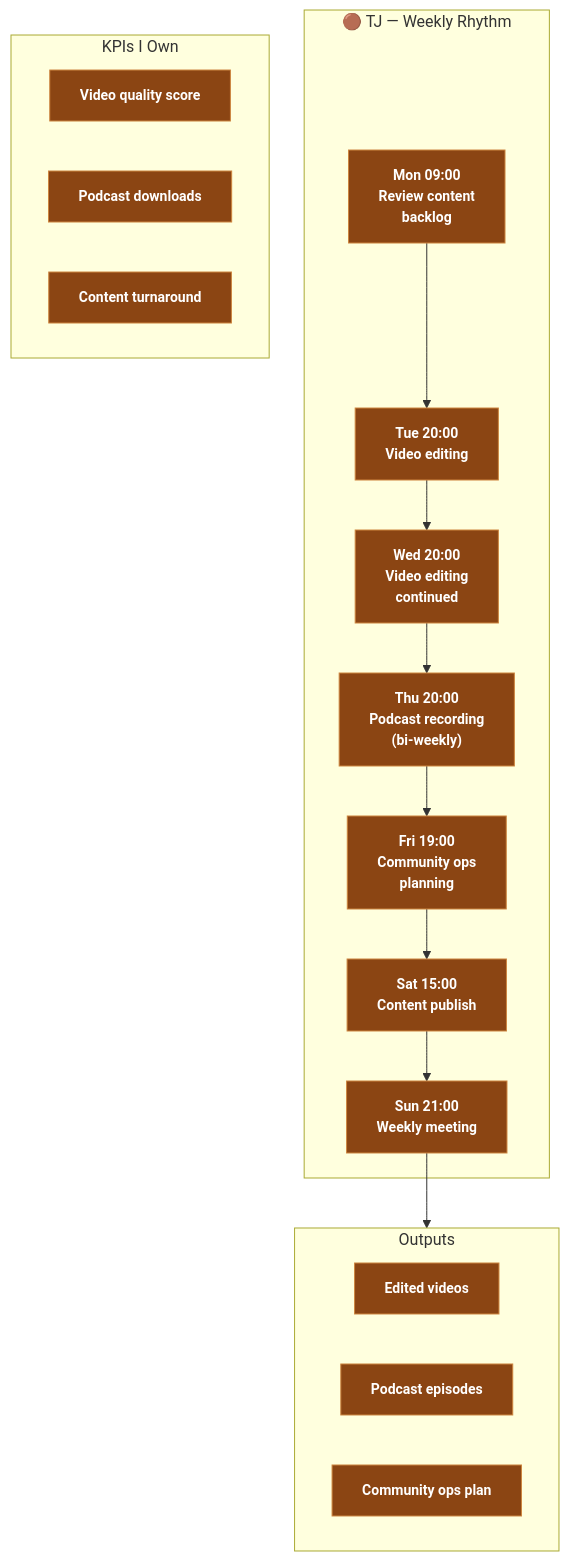
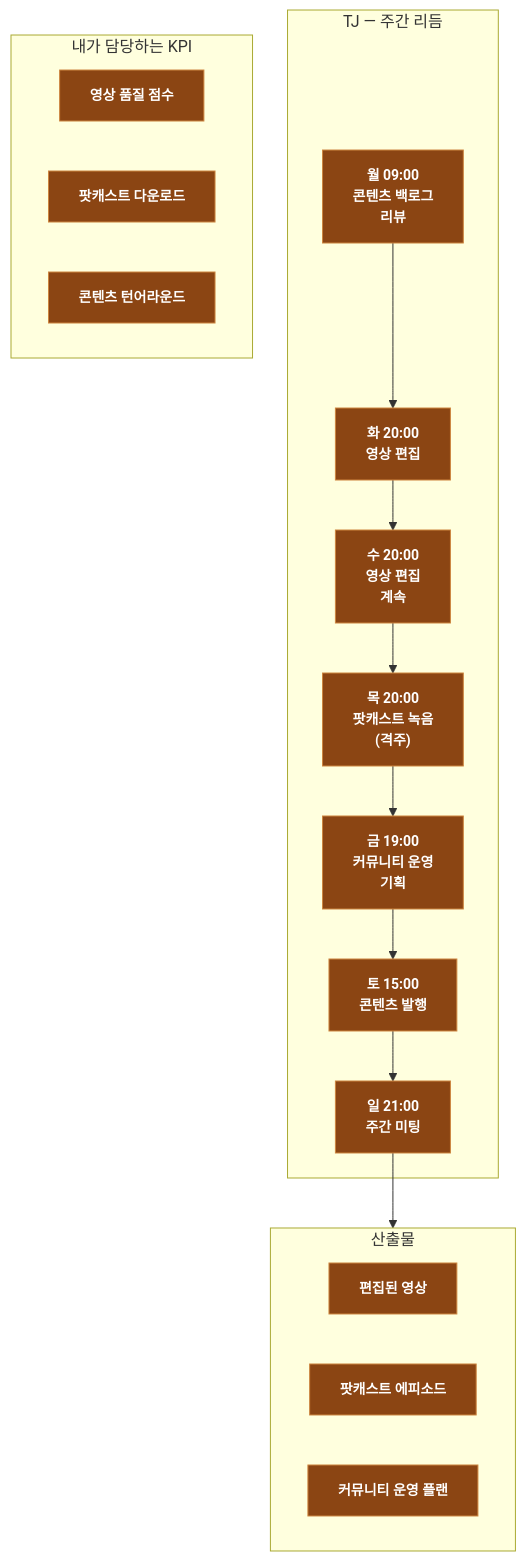
One commit to JeHyeong2/hypeprooflab changed the diagram in products/hypeproof-workflow-diagrams/personal-tj.mmd. Above: the diagram before and after it, drawn with Mermaid. The commit also changed 38 other files, not shown here.

First line of the commit message:
diagrams: convert all to Korean + font 18px + QA pass 19/19

```diff
--- a/products/hypeproof-workflow-diagrams/personal-tj.mmd
+++ b/products/hypeproof-workflow-diagrams/personal-tj.mmd
@@ -1,30 +1,30 @@
 flowchart TB
     classDef tj fill:#8b4513,stroke:#cd853f,color:#fff,font-weight:bold,font-size:14px
     classDef dim fill:#30363d,stroke:#484f58,color:#8b949e
 
-    subgraph WEEK["🟤 TJ — Weekly Rhythm"]
-        MON["Mon 09:00<br/>Review content<br/>backlog"]
-        TUE["Tue 20:00<br/>Video editing"]
-        WED["Wed 20:00<br/>Video editing<br/>continued"]
-        THU["Thu 20:00<br/>Podcast recording<br/>(bi-weekly)"]
-        FRI["Fri 19:00<br/>Community ops<br/>planning"]
-        SAT["Sat 15:00<br/>Content publish"]
-        SUN["Sun 21:00<br/>Weekly meeting"]
+    subgraph WEEK["TJ — 주간 리듬"]
+        MON["월 09:00<br/>콘텐츠 백로그<br/>리뷰"]
+        TUE["화 20:00<br/>영상 편집"]
+        WED["수 20:00<br/>영상 편집<br/>계속"]
+        THU["목 20:00<br/>팟캐스트 녹음<br/>(격주)"]
+        FRI["금 19:00<br/>커뮤니티 운영<br/>기획"]
+        SAT["토 15:00<br/>콘텐츠 발행"]
+        SUN["일 21:00<br/>주간 미팅"]
     end
 
-    subgraph OUT["Outputs"]
-        O1["Edited videos"]
-        O2["Podcast episodes"]
-        O3["Community ops plan"]
+    subgraph OUT["산출물"]
+        O1["편집된 영상"]
+        O2["팟캐스트 에피소드"]
+        O3["커뮤니티 운영 플랜"]
     end
 
-    subgraph KPI["KPIs I Own"]
-        K1["Video quality score"]
-        K2["Podcast downloads"]
-        K3["Content turnaround"]
+    subgraph KPI["내가 담당하는 KPI"]
+        K1["영상 품질 점수"]
+        K2["팟캐스트 다운로드"]
+        K3["콘텐츠 턴어라운드"]
     end
 
     MON --> TUE --> WED --> THU --> FRI --> SAT --> SUN
     SUN --> OUT
 
     class MON,TUE,WED,THU,FRI,SAT,SUN,O1,O2,O3,K1,K2,K3 tj
```
